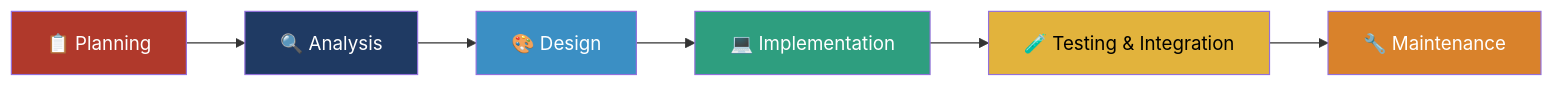
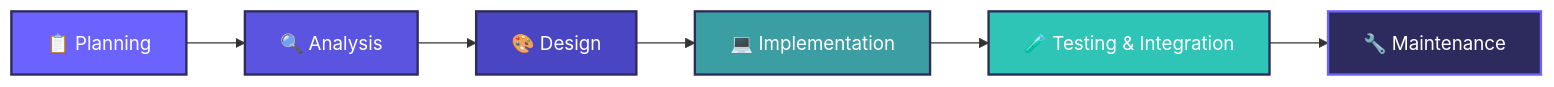
The diagram in README.md (NevCloud/mindfloox), drawn with Mermaid before and after one commit. The commit also changed other lines of this file, not shown here.

````diff
--- a/README.md
+++ b/README.md
@@ -86,15 +112,15 @@
 ```mermaid
 flowchart LR
     A["📋 Planning"] --> B["🔍 Analysis"]
     B --> C["🎨 Design"]
     C --> D["💻 Implementation"]
     D --> E["🧪 Testing & Integration"]
     E --> F["🔧 Maintenance"]
 
-    style A fill:#B0392B,color:#fff
-    style B fill:#1F3A63,color:#fff
-    style C fill:#3B8FC4,color:#fff
-    style D fill:#2E9E7F,color:#fff
-    style E fill:#E2B33C,color:#000
-    style F fill:#D9822B,color:#fff
+    style A fill:#6C63FF,color:#fff,stroke:#2D2A5E,stroke-width:2px
+    style B fill:#5B54E0,color:#fff,stroke:#2D2A5E,stroke-width:2px
+    style C fill:#4A45C2,color:#fff,stroke:#2D2A5E,stroke-width:2px
+    style D fill:#3A9EA3,color:#fff,stroke:#2D2A5E,stroke-width:2px
+    style E fill:#2EC4B6,color:#fff,stroke:#2D2A5E,stroke-width:2px
+    style F fill:#2D2A5E,color:#fff,stroke:#6C63FF,stroke-width:2px
 ```
````
